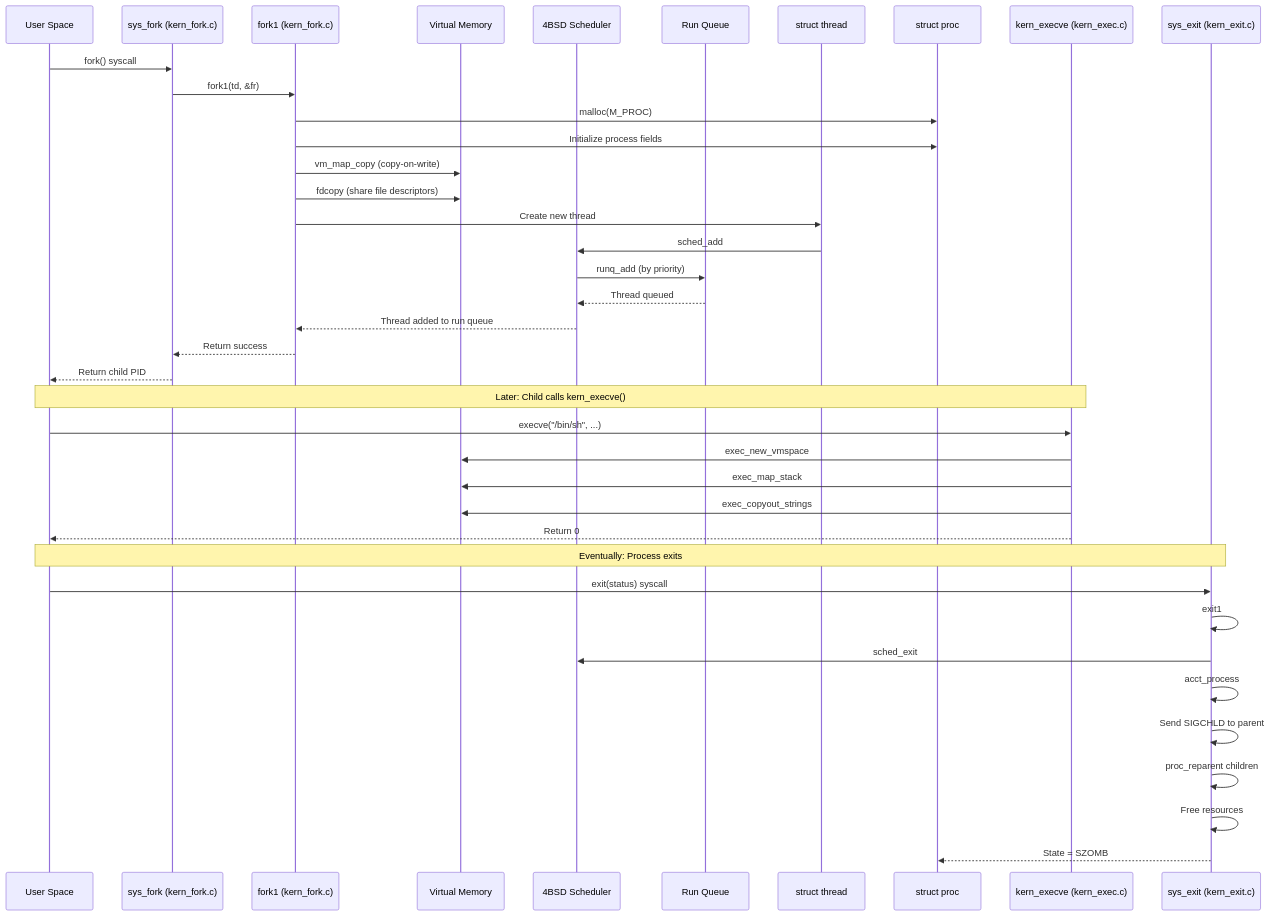
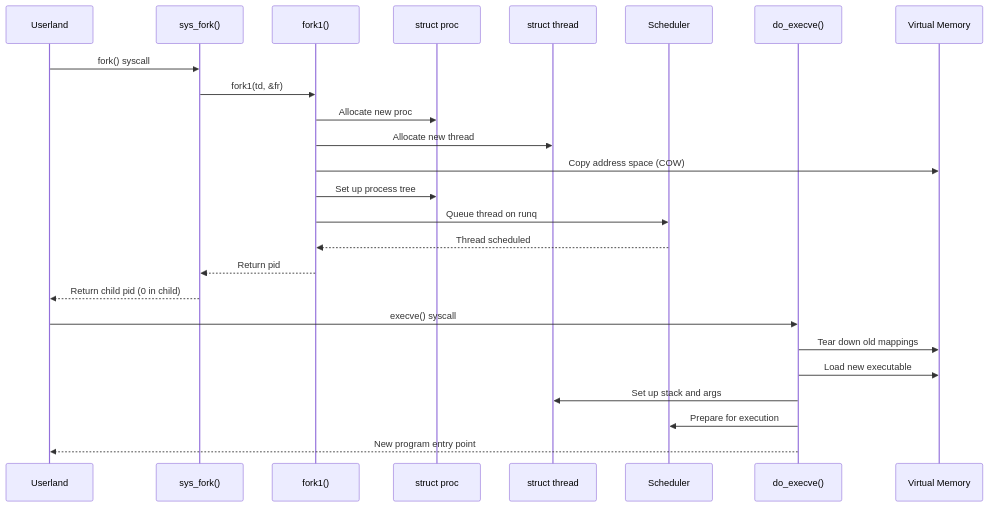
One commit to ocochard/freebsd-src changed the diagram in sys/kern/README_process.md. Above: the diagram before and after it, drawn with Mermaid. The commit also changed other lines of this file and 26 other files, not shown here.

````diff
--- a/sys/kern/README_process.md
+++ b/sys/kern/README_process.md
@@ -250,44 +318,29 @@
 ```mermaid
 sequenceDiagram
-    participant User as User Space
-    participant Fork as sys_fork (kern_fork.c)
-    participant Fork1 as fork1 (kern_fork.c)
+    participant User as Userland
+    participant Fork as sys_fork()
+    participant Fork1 as fork1()
+    participant Proc as struct proc
+    participant Thread as struct thread
+    participant Sched as Scheduler
+    participant Exec as do_execve()
     participant VM as Virtual Memory
-    participant Sched as 4BSD Scheduler
-    participant Runq as Run Queue
-    participant Thread as struct thread
-    participant Proc as struct proc
-    participant Exec as kern_execve (kern_exec.c)
-    participant Exit as sys_exit (kern_exit.c)
 
     User->>Fork: fork() syscall
     Fork->>Fork1: fork1(td, &fr)
-    Fork1->>Proc: malloc(M_PROC)
-    Fork1->>Proc: Initialize process fields
-    Fork1->>VM: vm_map_copy (copy-on-write)
-    Fork1->>VM: fdcopy (share file descriptors)
-    Fork1->>Thread: Create new thread
-    Thread->>Sched: sched_add
-    Sched->>Runq: runq_add (by priority)
-    Runq-->>Sched: Thread queued
-    Sched-->>Fork1: Thread added to run queue
-    Fork1-->>Fork: Return success
-    Fork-->>User: Return child PID
+    Fork1->>Proc: Allocate new proc
+    Fork1->>Thread: Allocate new thread
+    Fork1->>VM: Copy address space (COW)
+    Fork1->>Proc: Set up process tree
+    Fork1->>Sched: Queue thread on runq
+    Sched-->>Fork1: Thread scheduled
+    Fork1-->>Fork: Return pid
+    Fork-->>User: Return child pid (0 in child)
 
-    Note over User,Exec: Later: Child calls kern_execve()
-    User->>Exec: execve("/bin/sh", ...)
-    Exec->>VM: exec_new_vmspace
-    Exec->>VM: exec_map_stack
-    Exec->>VM: exec_copyout_strings
-    Exec-->>User: Return 0
-
-    Note over User,Exit: Eventually: Process exits
-    User->>Exit: exit(status) syscall
-    Exit->>Exit: exit1
-    Exit->>Sched: sched_exit
-    Exit->>Exit: acct_process
-    Exit->>Exit: Send SIGCHLD to parent
-    Exit->>Exit: proc_reparent children
-    Exit->>Exit: Free resources
-    Exit-->>Proc: State = SZOMB
+    User->>Exec: execve() syscall
+    Exec->>VM: Tear down old mappings
+    Exec->>VM: Load new executable
+    Exec->>Thread: Set up stack and args
+    Exec->>Sched: Prepare for execution
+    Exec-->>User: New program entry point
 ```
````
